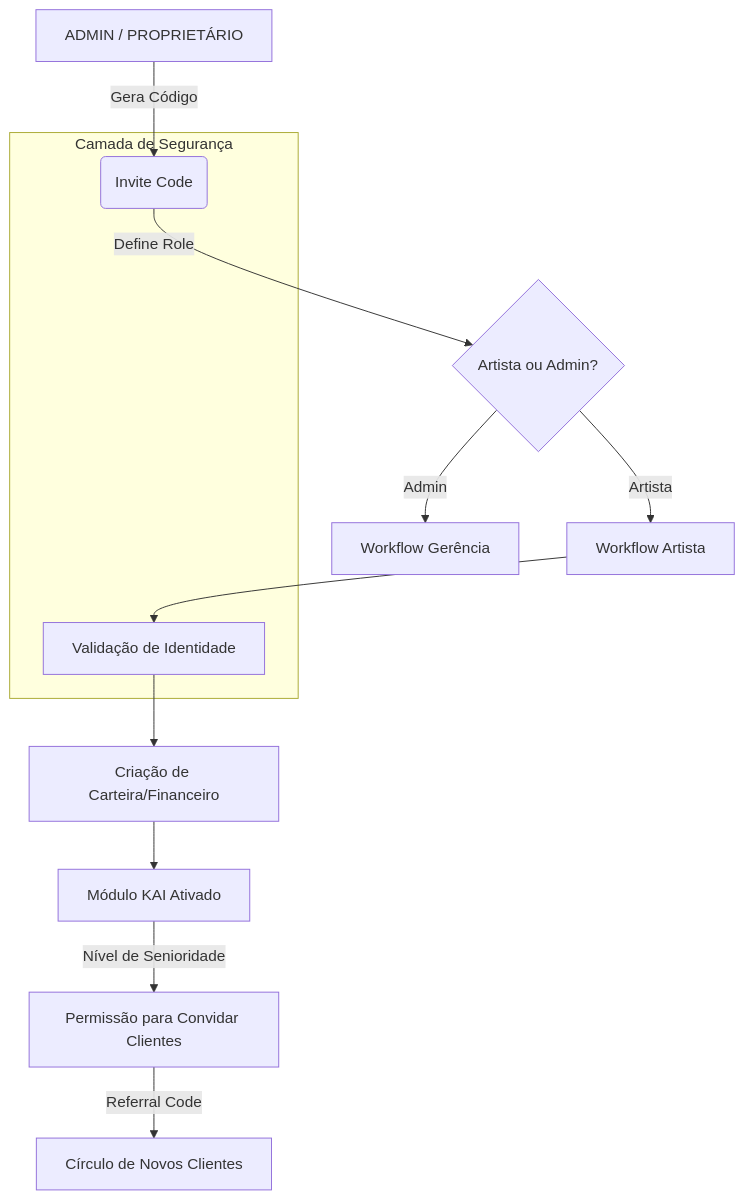
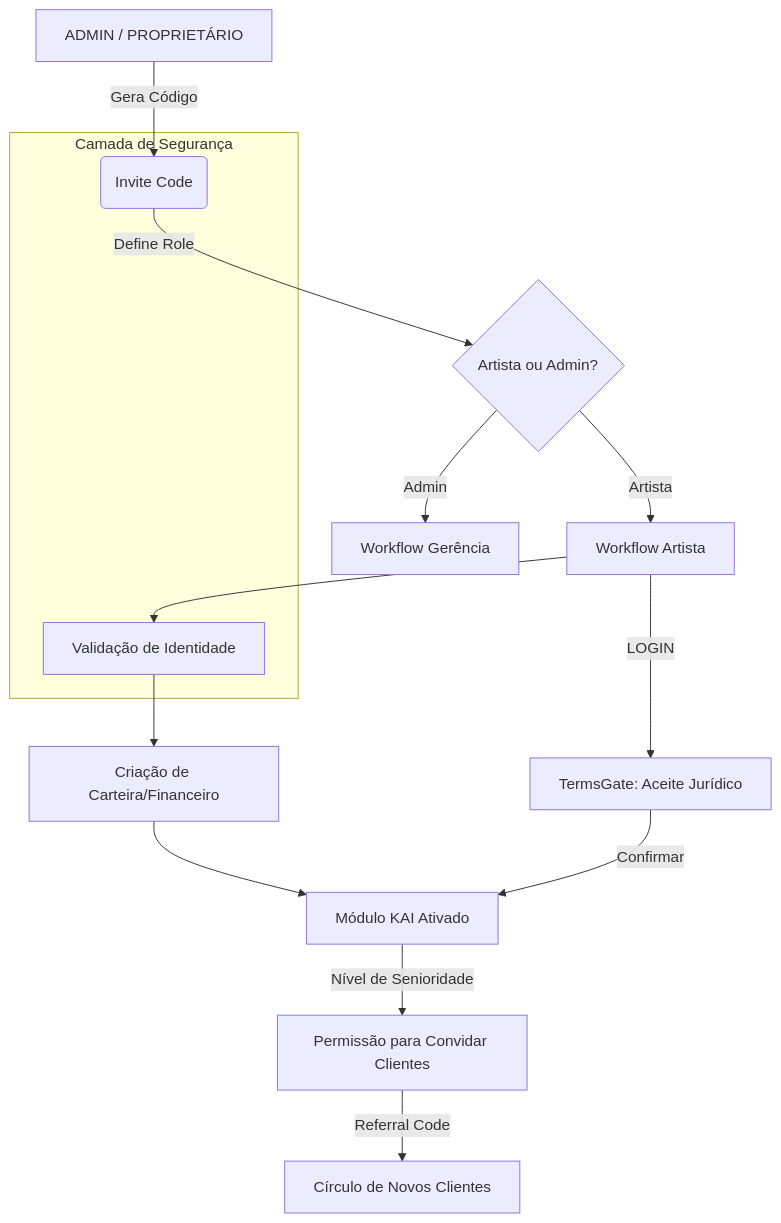
Before and after one commit to SH1W4/kronos-sync: the first of 2 diagrams in SCALING_STRATEGY.md, drawn with Mermaid. The commit also changed other lines of this file and 42 other files, not shown here.

````diff
--- a/SCALING_STRATEGY.md
+++ b/SCALING_STRATEGY.md
@@ -11,20 +11,23 @@
 ```mermaid
 graph TD
     A[ADMIN / PROPRIETÁRIO] -->|Gera Código| B(Invite Code)
     B -->|Define Role| C{Artista ou Admin?}
     
     C -->|Artista| D[Workflow Artista]
     C -->|Admin| E[Workflow Gerência]
     
     D --> F[Validação de Identidade]
     F --> G[Criação de Carteira/Financeiro]
     G --> H[Módulo KAI Ativado]
     
     H -->|Nível de Senioridade| I[Permissão para Convidar Clientes]
     I -->|Referral Code| J[Círculo de Novos Clientes]
     
+    D -->|LOGIN| K[TermsGate: Aceite Jurídico]
+    K -->|Confirmar| H
+    
     subgraph "Camada de Segurança"
     B
     F
     end
 ```
````
